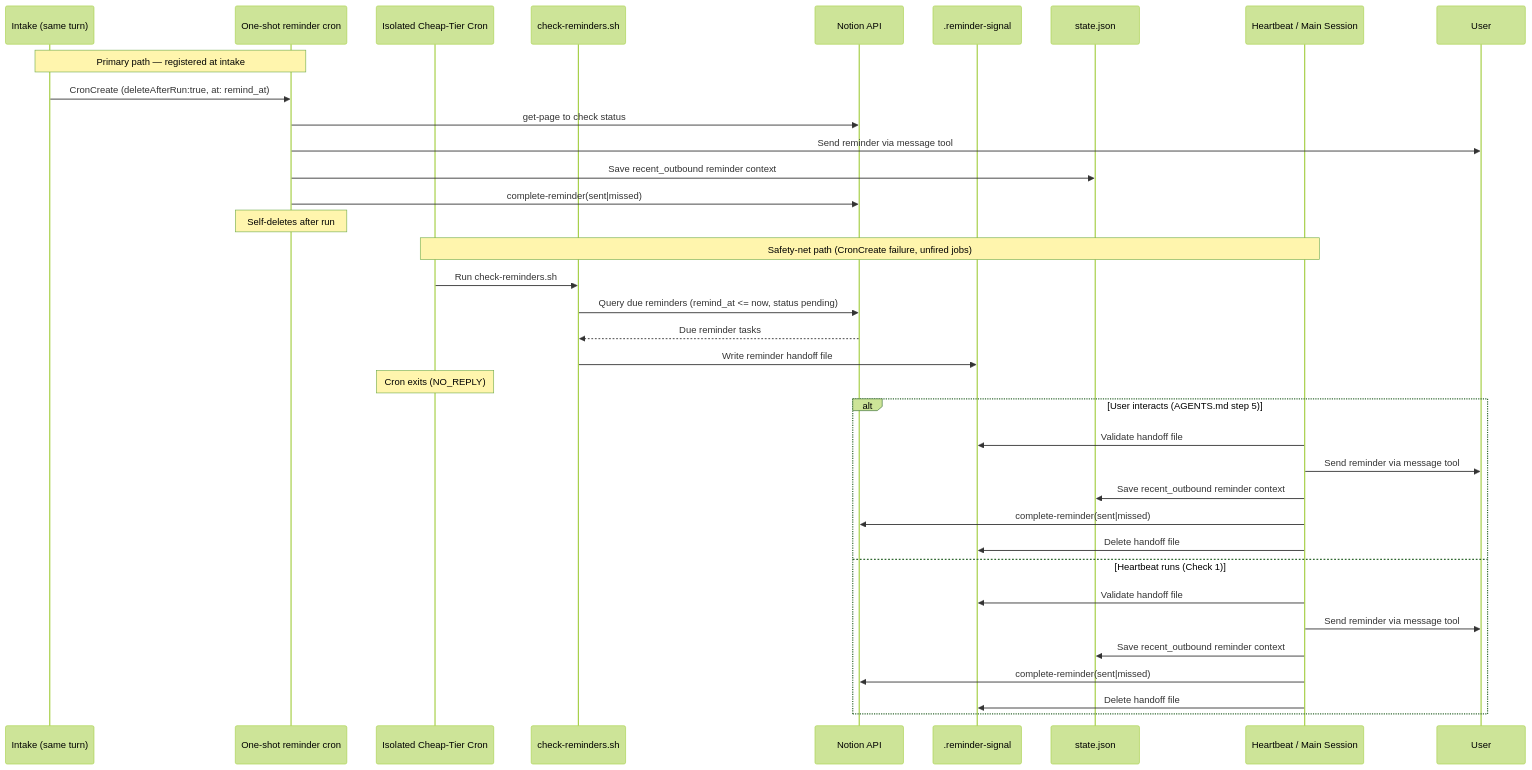
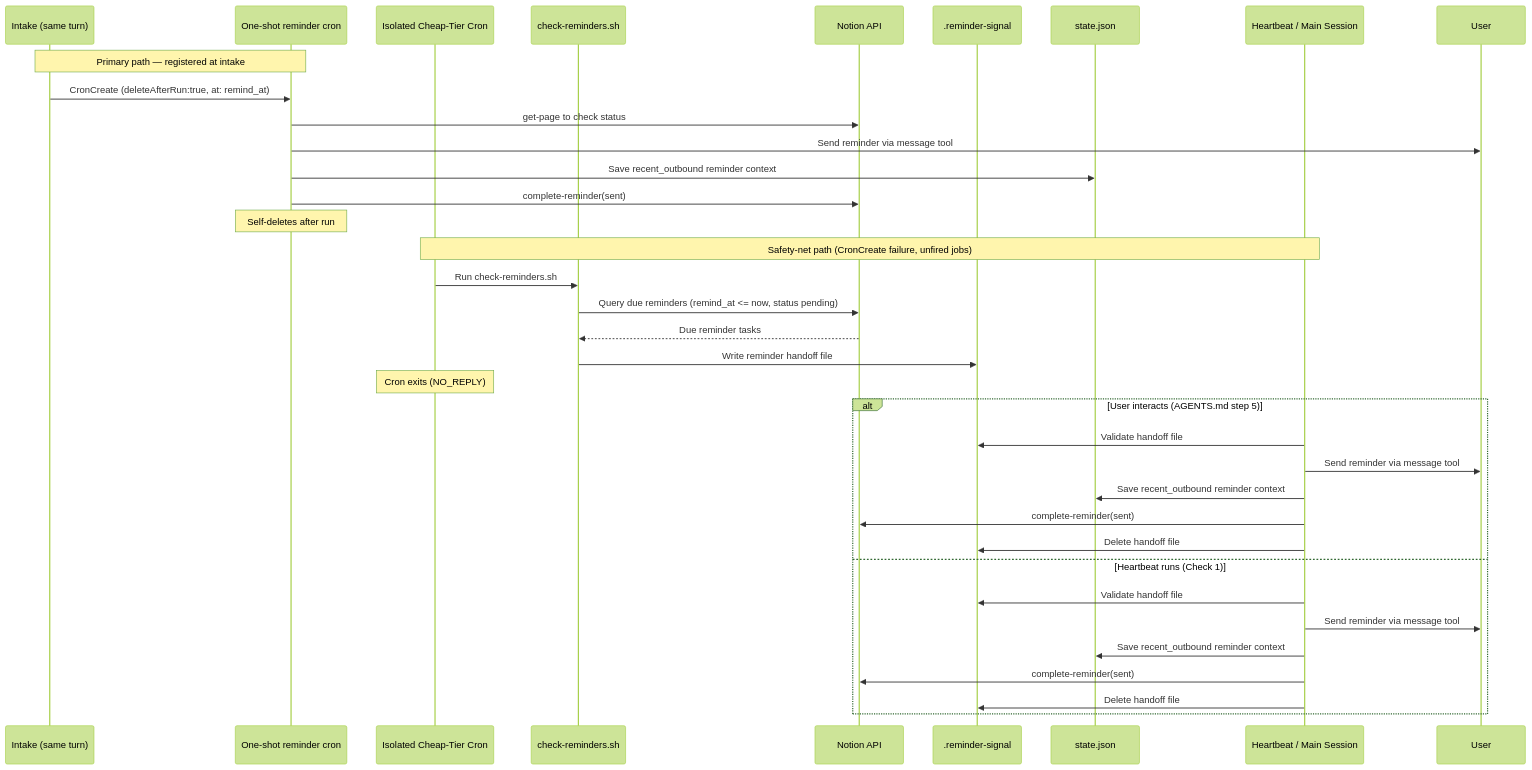
Diagram 22 of 28 in docs/user-interactions.md (NickBorgersProbably/hide-my-list), drawn with Mermaid (forest theme) before and after one commit. The commit also changed other lines of this file and 12 other files, not shown here.

Commit message:
Remove missed reminder framing

````diff
--- a/docs/user-interactions.md
+++ b/docs/user-interactions.md
@@ -745,40 +745,40 @@
 ```mermaid
 sequenceDiagram
     participant Intake as Intake (same turn)
     participant OneShotCron as One-shot reminder cron
     participant Cron as Isolated Cheap-Tier Cron
     participant Scr as check-reminders.sh
     participant Notion as Notion API
     participant Signal as .reminder-signal
     participant State as state.json
     participant Delivery as Heartbeat / Main Session
     participant User
 
     Note over Intake,OneShotCron: Primary path — registered at intake
     Intake->>OneShotCron: CronCreate (deleteAfterRun:true, at: remind_at)
     OneShotCron->>Notion: get-page to check status
     OneShotCron->>User: Send reminder via message tool
     OneShotCron->>State: Save recent_outbound reminder context
-    OneShotCron->>Notion: complete-reminder(sent|missed)
+    OneShotCron->>Notion: complete-reminder(sent)
     Note over OneShotCron: Self-deletes after run
 
     Note over Cron,Delivery: Safety-net path (CronCreate failure, unfired jobs)
     Cron->>Scr: Run check-reminders.sh
     Scr->>Notion: Query due reminders (remind_at <= now, status pending)
     Notion-->>Scr: Due reminder tasks
     Scr->>Signal: Write reminder handoff file
     Note over Cron: Cron exits (NO_REPLY)
     alt User interacts (AGENTS.md step 5)
         Delivery->>Signal: Validate handoff file
         Delivery->>User: Send reminder via message tool
         Delivery->>State: Save recent_outbound reminder context
-        Delivery->>Notion: complete-reminder(sent|missed)
+        Delivery->>Notion: complete-reminder(sent)
         Delivery->>Signal: Delete handoff file
     else Heartbeat runs (Check 1)
         Delivery->>Signal: Validate handoff file
         Delivery->>User: Send reminder via message tool
         Delivery->>State: Save recent_outbound reminder context
-        Delivery->>Notion: complete-reminder(sent|missed)
+        Delivery->>Notion: complete-reminder(sent)
         Delivery->>Signal: Delete handoff file
     end
 ```
````
